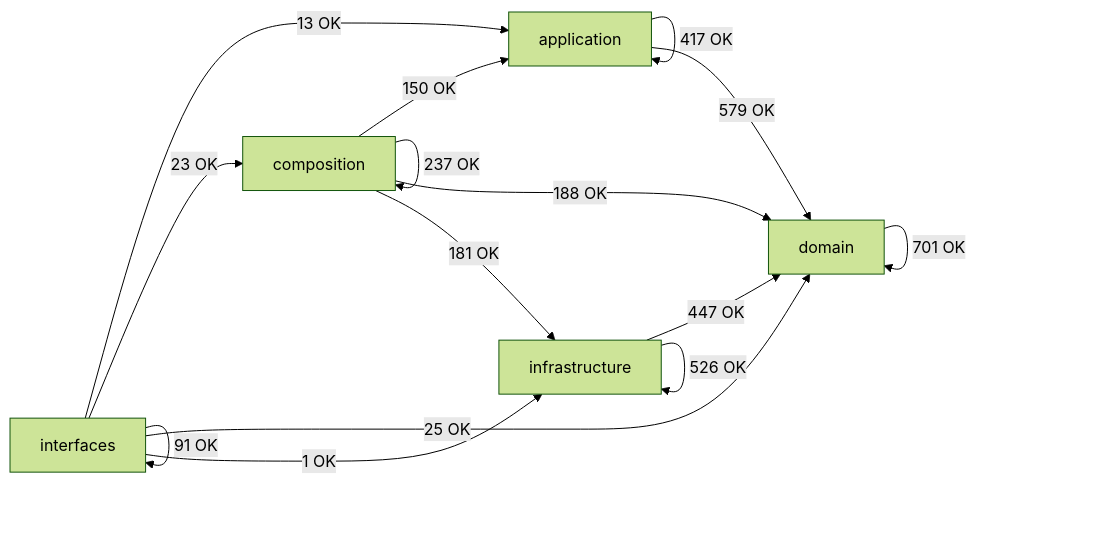
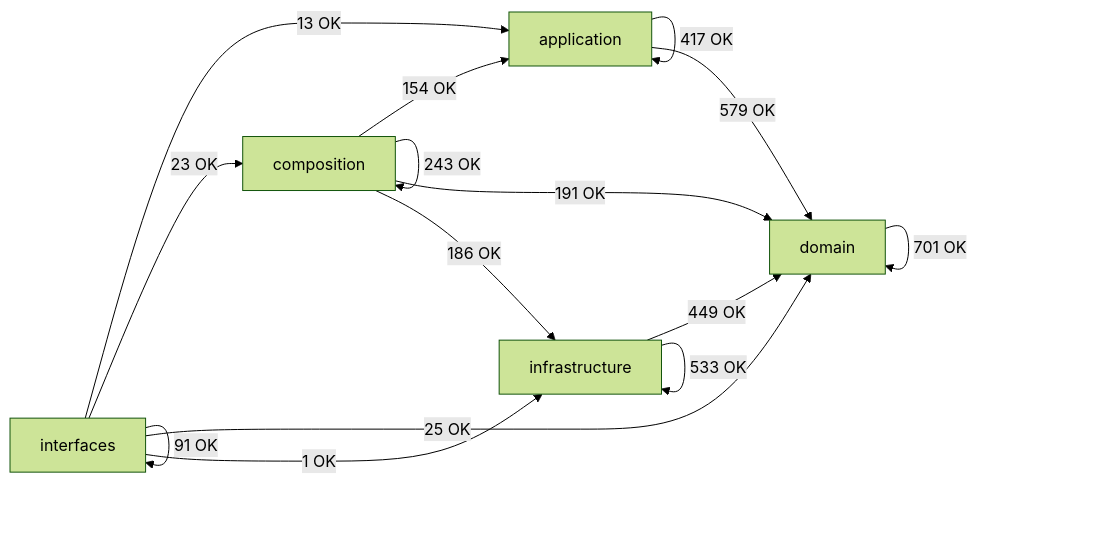
The diagram in docs/02-architecture/generated/module-dependency-map.md (SatoryKono/BioactivityDataAcquisition), drawn with Mermaid (forest theme) before and after one commit. The commit also changed other lines of this file and 10 other files, not shown here.

First line of the commit message:
refactor(metrics): reduce size and complexity of architecture metric exemptions configuration

````diff
--- a/docs/02-architecture/generated/module-dependency-map.md
+++ b/docs/02-architecture/generated/module-dependency-map.md
@@ -15,22 +15,22 @@
 ```mermaid
 flowchart LR
     domain[domain]
     application[application]
     infrastructure[infrastructure]
     composition[composition]
     interfaces[interfaces]
     application -->|417 OK| application
     application -->|579 OK| domain
-    composition -->|150 OK| application
-    composition -->|237 OK| composition
-    composition -->|188 OK| domain
-    composition -->|181 OK| infrastructure
+    composition -->|154 OK| application
+    composition -->|243 OK| composition
+    composition -->|191 OK| domain
+    composition -->|186 OK| infrastructure
     domain -->|701 OK| domain
-    infrastructure -->|447 OK| domain
-    infrastructure -->|526 OK| infrastructure
+    infrastructure -->|449 OK| domain
+    infrastructure -->|533 OK| infrastructure
     interfaces -->|13 OK| application
     interfaces -->|23 OK| composition
     interfaces -->|25 OK| domain
     interfaces -->|1 OK| infrastructure
     interfaces -->|91 OK| interfaces
 ```
````
